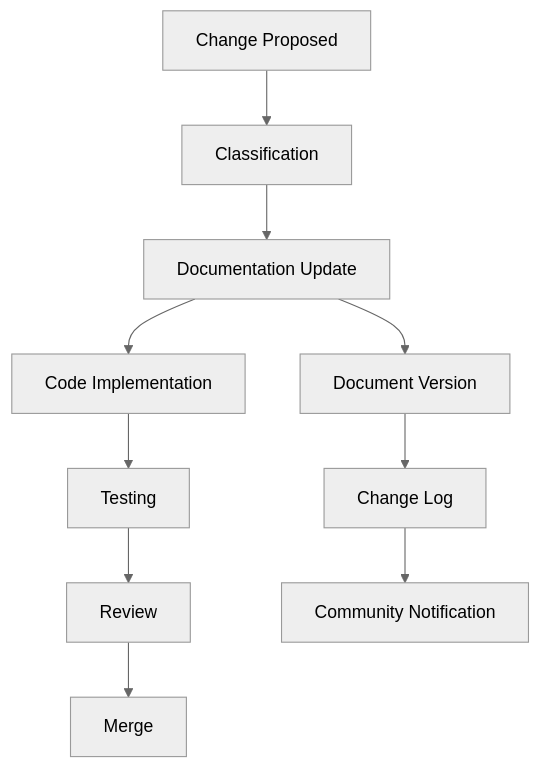
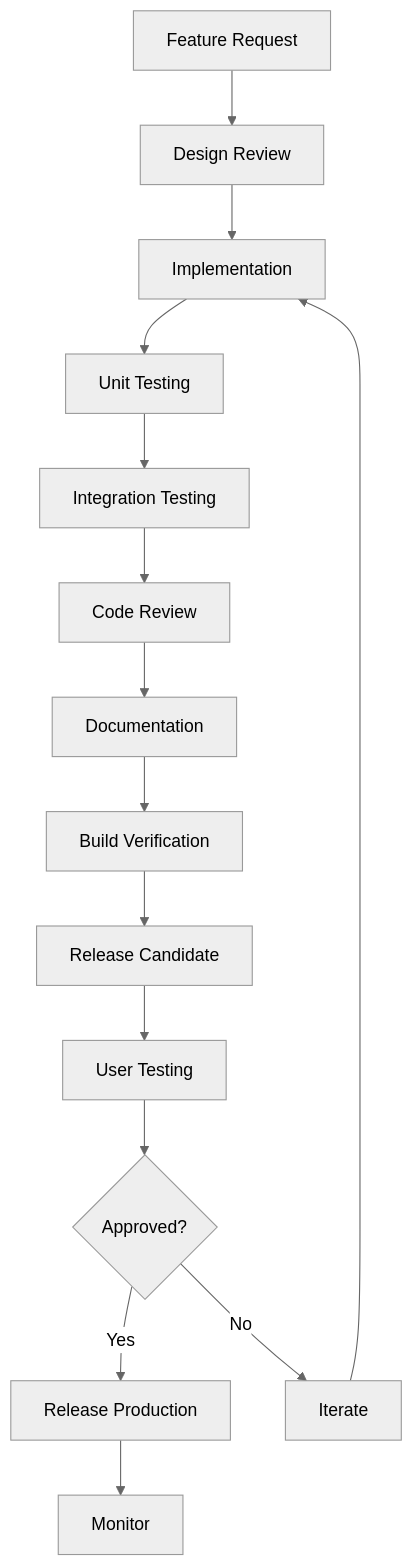
The eighth of 29 diagrams in FORK_CLASSIFICATION.md (usexfg/fuego-suite), drawn with Mermaid (neutral theme) before and after one commit. The commit also changed other lines of this file and 64 other files, not shown here.

````diff
--- a/FORK_CLASSIFICATION.md
+++ b/FORK_CLASSIFICATION.md
@@ -394,13 +1318,17 @@
 ```mermaid
-graph TD
-    A[Change Proposed] --> B[Classification]
-    B --> C[Documentation Update]
-    C --> D[Code Implementation]
-    D --> E[Testing]
-    E --> F[Review]
-    F --> G[Merge]
-    
-    C --> H[Document Version]
-    H --> I[Change Log]
-    I --> J[Community Notification]
+flowchart TD
+    A[Feature Request] --> B[Design Review]
+    B --> C[Implementation]
+    C --> D[Unit Testing]
+    D --> E[Integration Testing]
+    E --> F[Code Review]
+    F --> G[Documentation]
+    G --> H[Build Verification]
+    H --> I[Release Candidate]
+    I --> J[User Testing]
+    J --> K{Approved?}
+    K -->|Yes| L[Release Production]
+    K -->|No| M[Iterate]
+    L --> N[Monitor]
+    M --> C
 ```
````
